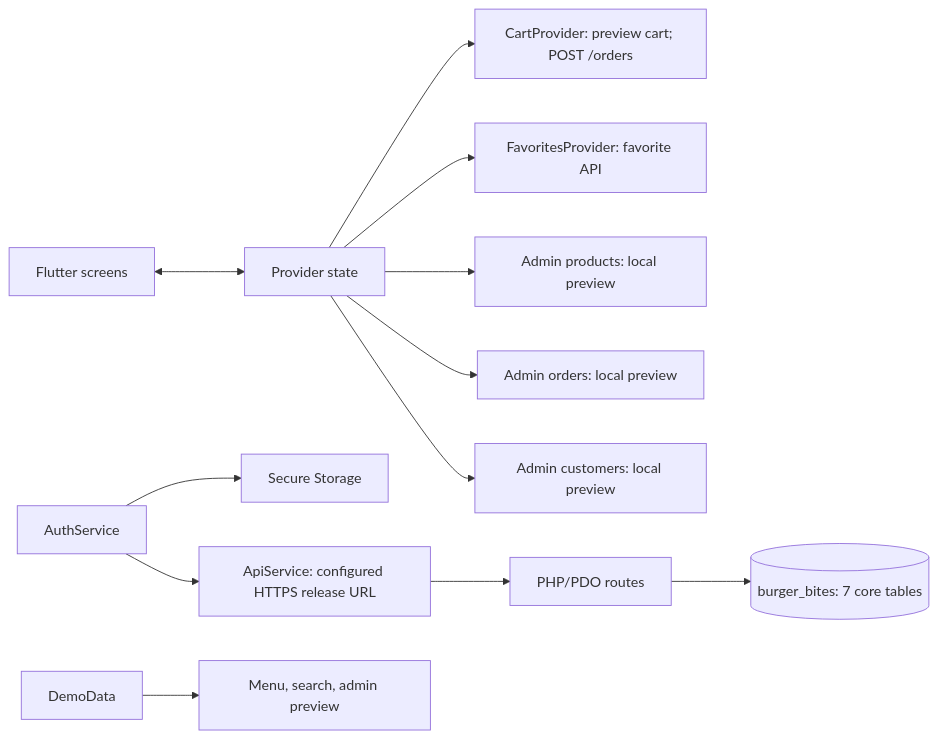
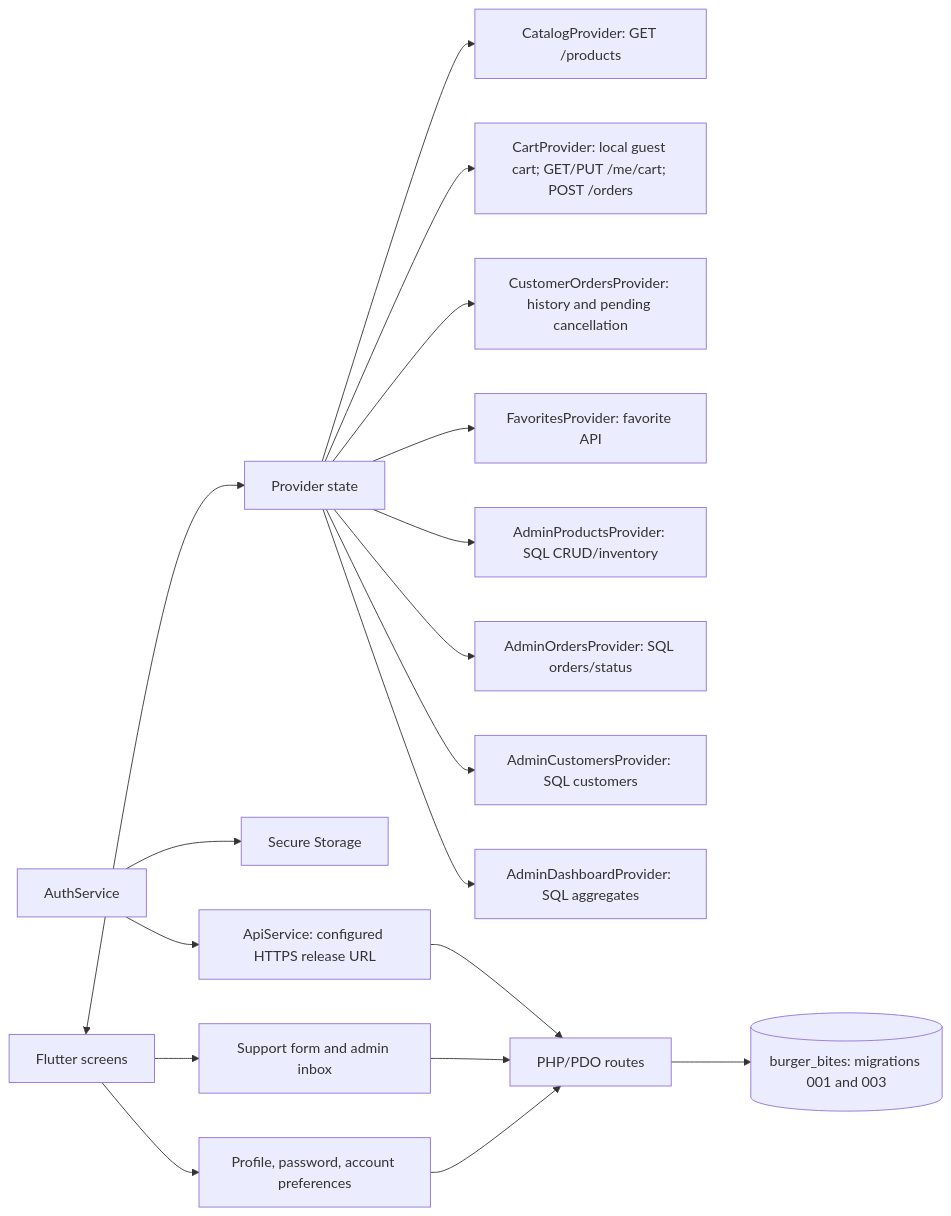
The fifth of 5 diagrams in docs/SYSTEM_FLOW.md (EARL146/app-), drawn with Mermaid before and after one commit. The commit also changed other lines of this file and 79 other files, not shown here.

````diff
--- a/docs/SYSTEM_FLOW.md
+++ b/docs/SYSTEM_FLOW.md
@@ -91,14 +107,20 @@
 ```mermaid
 flowchart LR
     UI[Flutter screens] <--> P[Provider state]
-    P --> CART[CartProvider: preview cart; POST /orders]
+    P --> CAT[CatalogProvider: GET /products]
+    P --> CART[CartProvider: local guest cart; GET/PUT /me/cart; POST /orders]
+    P --> ORD[CustomerOrdersProvider: history and pending cancellation]
     P --> FAV[FavoritesProvider: favorite API]
-    P --> AP[Admin products: local preview]
-    P --> AO[Admin orders: local preview]
-    P --> AC[Admin customers: local preview]
+    P --> AP[AdminProductsProvider: SQL CRUD/inventory]
+    P --> AO[AdminOrdersProvider: SQL orders/status]
+    P --> AC[AdminCustomersProvider: SQL customers]
+    P --> DASH[AdminDashboardProvider: SQL aggregates]
     AUTH[AuthService] --> STORE[Secure Storage]
     AUTH --> API[ApiService: configured HTTPS release URL]
     API --> PHP[PHP/PDO routes]
-    PHP --> DB[(burger_bites: 7 core tables)]
-    DATA[DemoData] --> CATALOG[Menu, search, admin preview]
+    PHP --> DB[(burger_bites: migrations 001 and 003)]
+    UI --> SUPPORT[Support form and admin inbox]
+    UI --> PREFS[Profile, password, account preferences]
+    SUPPORT --> PHP
+    PREFS --> PHP
 ```
````
